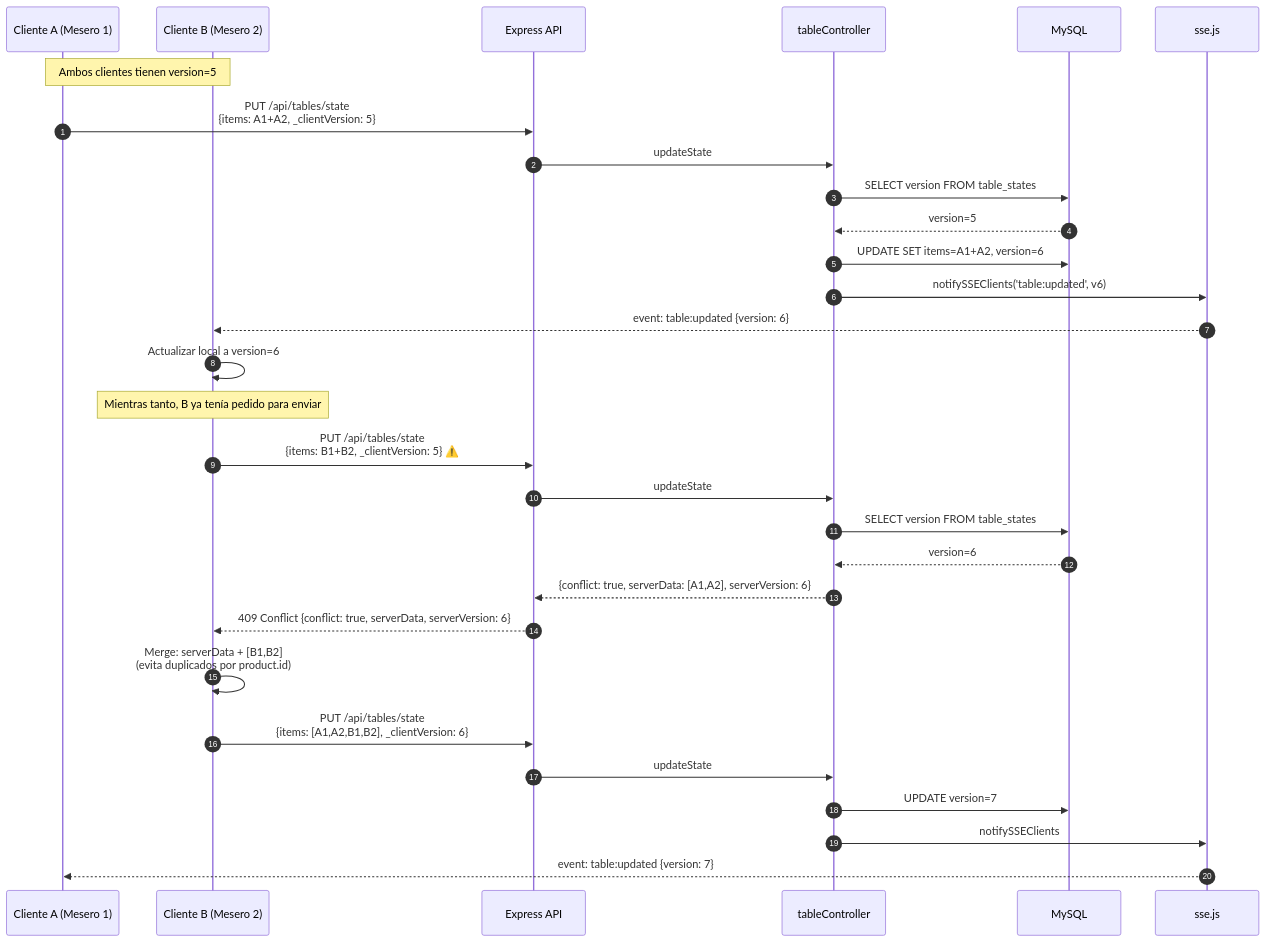
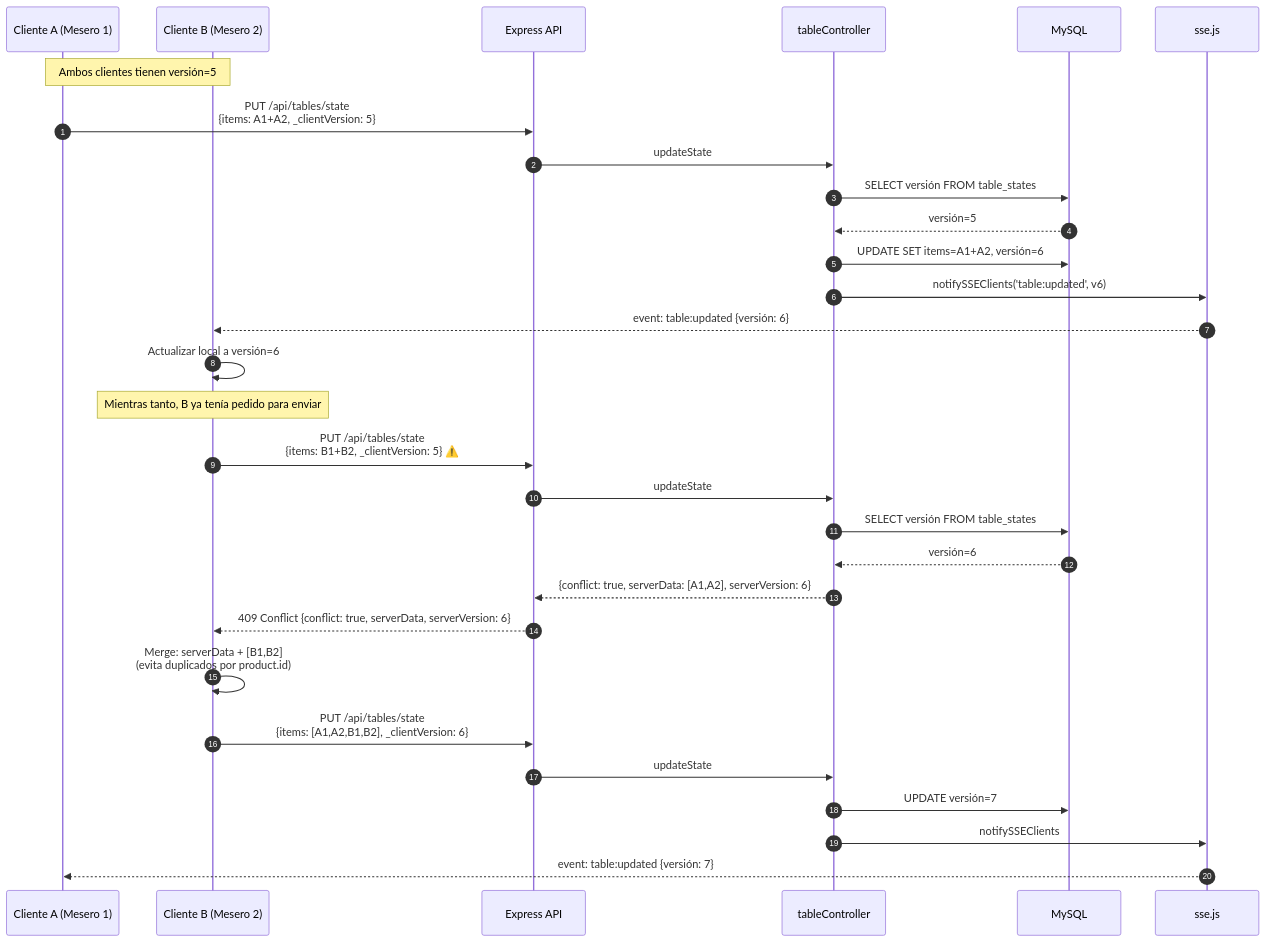
One commit to Yefer-Betta/2Arbolitos changed the fourth of 9 diagrams in docs/05-DIAGRAMAS-UML.md. Above: the diagram before and after it, drawn with Mermaid. The commit also changed other lines of this file and 13 other files, not shown here.

````diff
--- a/docs/05-DIAGRAMAS-UML.md
+++ b/docs/05-DIAGRAMAS-UML.md
@@ -286,38 +286,38 @@
 ```mermaid
 sequenceDiagram
     autonumber
     participant A as Cliente A (Mesero 1)
     participant B as Cliente B (Mesero 2)
     participant API as Express API
     participant Ctrl as tableController
     participant DB as MySQL
     participant SSE as sse.js
 
-    Note over A,B: Ambos clientes tienen version=5
+    Note over A,B: Ambos clientes tienen versión=5
     
     A->>API: PUT /api/tables/state<br/>{items: A1+A2, _clientVersion: 5}
     API->>Ctrl: updateState
-    Ctrl->>DB: SELECT version FROM table_states
-    DB-->>Ctrl: version=5
-    Ctrl->>DB: UPDATE SET items=A1+A2, version=6
+    Ctrl->>DB: SELECT versión FROM table_states
+    DB-->>Ctrl: versión=5
+    Ctrl->>DB: UPDATE SET items=A1+A2, versión=6
     Ctrl->>SSE: notifySSEClients('table:updated', v6)
-    SSE-->>B: event: table:updated {version: 6}
+    SSE-->>B: event: table:updated {versión: 6}
     
-    B->>B: Actualizar local a version=6
+    B->>B: Actualizar local a versión=6
     
     Note over B: Mientras tanto, B ya tenía pedido para enviar
     
     B->>API: PUT /api/tables/state<br/>{items: B1+B2, _clientVersion: 5}  ⚠️
     API->>Ctrl: updateState
-    Ctrl->>DB: SELECT version FROM table_states
-    DB-->>Ctrl: version=6
+    Ctrl->>DB: SELECT versión FROM table_states
+    DB-->>Ctrl: versión=6
     Ctrl-->>API: {conflict: true, serverData: [A1,A2], serverVersion: 6}
     API-->>B: 409 Conflict {conflict: true, serverData, serverVersion: 6}
     
     B->>B: Merge: serverData + [B1,B2]<br/>(evita duplicados por product.id)
     B->>API: PUT /api/tables/state<br/>{items: [A1,A2,B1,B2], _clientVersion: 6}
     API->>Ctrl: updateState
-    Ctrl->>DB: UPDATE version=7
+    Ctrl->>DB: UPDATE versión=7
     Ctrl->>SSE: notifySSEClients
-    SSE-->>A: event: table:updated {version: 7}
+    SSE-->>A: event: table:updated {versión: 7}
 ```
````
